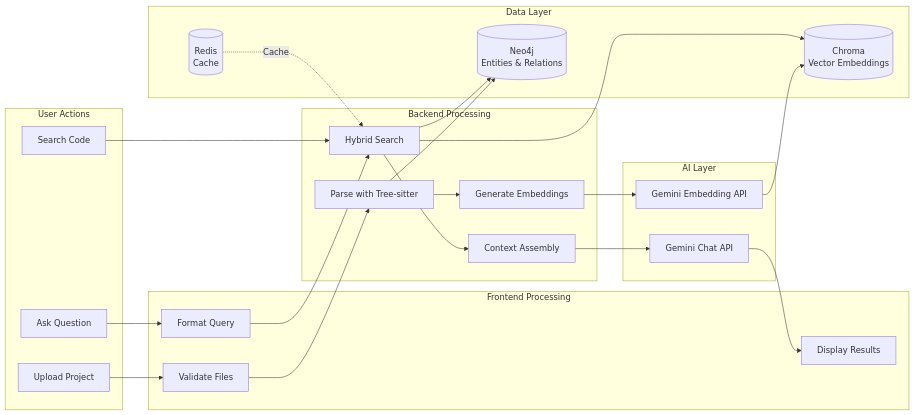
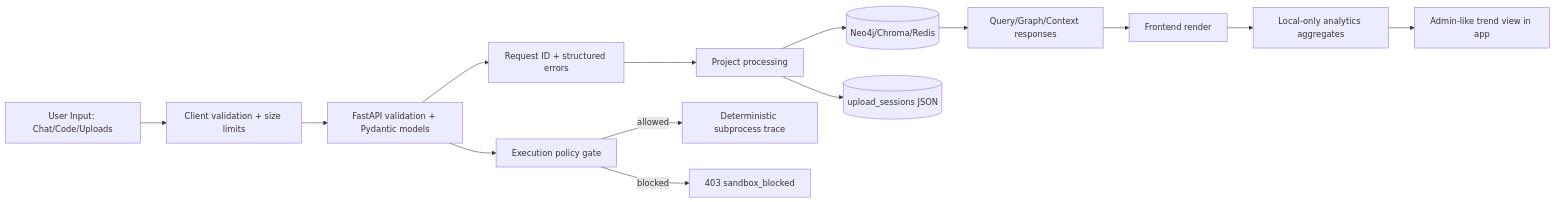
One commit to Ishan-K9868/socraticDev-final changed the second of 7 diagrams in README.md. Above: the diagram before and after it, drawn with Mermaid. The commit also changed other lines of this file, not shown here.

````diff
--- a/README.md
+++ b/README.md
@@ -286,41 +210,16 @@
 ```mermaid
 flowchart LR
-    subgraph User["User Actions"]
-        U1[Upload Project]
-        U2[Ask Question]
-        U3[Search Code]
-    end
-
-    subgraph FE["Frontend Processing"]
-        FE1[Validate Files]
-        FE2[Format Query]
-        FE3[Display Results]
-    end
-
-    subgraph BE["Backend Processing"]
-        BE1[Parse with Tree-sitter]
-        BE2[Generate Embeddings]
-        BE3[Hybrid Search]
-        BE4[Context Assembly]
-    end
-
-    subgraph DB["Data Layer"]
-        DB1[(Neo4j<br/>Entities & Relations)]
-        DB2[(Chroma<br/>Vector Embeddings)]
-        DB3[(Redis<br/>Cache)]
-    end
-
-    subgraph AI["AI Layer"]
-        AI1[Gemini Embedding API]
-        AI2[Gemini Chat API]
-    end
-
-    U1 --> FE1 --> BE1 --> DB1
-    BE1 --> BE2 --> AI1 --> DB2
-    U2 --> FE2 --> BE3 --> DB2
-    BE3 --> DB1
-    BE3 --> BE4 --> AI2 --> FE3
-    U3 --> BE3
-    
-    DB3 -.->|Cache| BE3
+    U[User Input: Chat/Code/Uploads] --> V1[Client validation + size limits]
+    V1 --> API[FastAPI validation + Pydantic models]
+    API --> V2[Request ID + structured errors]
+    V2 --> P1[Project processing]
+    P1 --> D1[(Neo4j/Chroma/Redis)]
+    P1 --> S1[(upload_sessions JSON)]
+    API --> E1[Execution policy gate]
+    E1 -->|allowed| EXE[Deterministic subprocess trace]
+    E1 -->|blocked| ERR[403 sandbox_blocked]
+    D1 --> Q[Query/Graph/Context responses]
+    Q --> A1[Frontend render]
+    A1 --> A2[Local-only analytics aggregates]
+    A2 --> ADM[Admin-like trend view in app]
 ```
````
